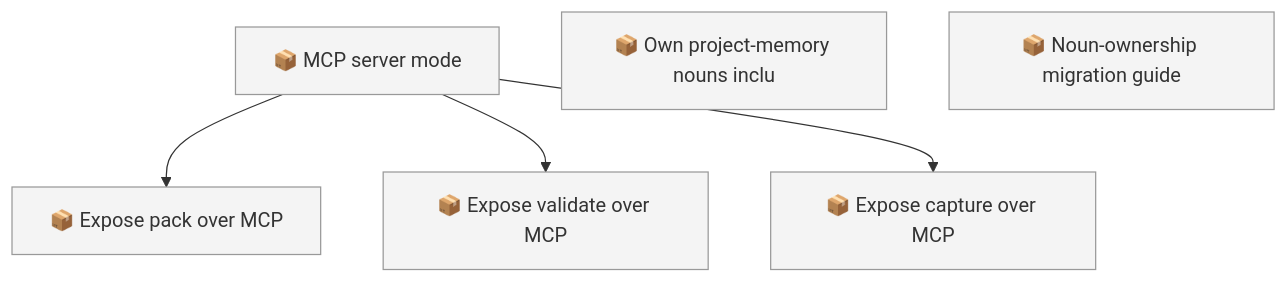
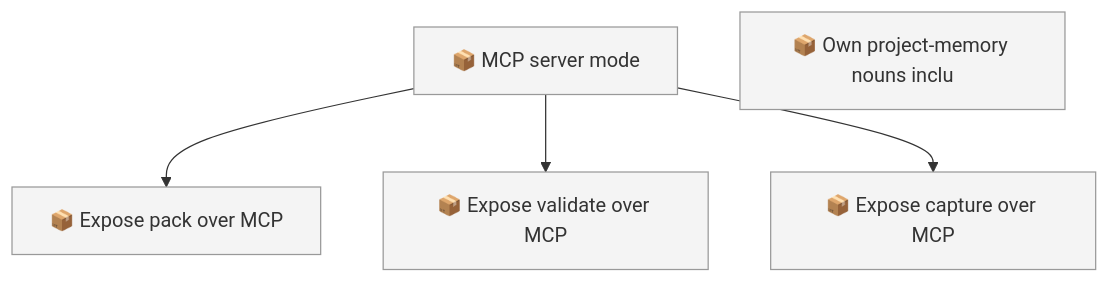
Before and after one commit to SpillwaveSolutions/project-knowledge-capture: the first of 2 diagrams in docs/roadmap.md, drawn with Mermaid. The commit also changed other lines of this file and 18 other files, not shown here.

Commit message:
chore: release v0.8.1 (noun-ownership migration guide) 01M0T3YW3CWWM9QPMKXEQQ2PR3

````diff
--- a/docs/roadmap.md
+++ b/docs/roadmap.md
@@ -65,14 +58,13 @@
 ```mermaid
 graph TD
     01KZ75NQCMYGFYRCVJATEBVBRB["📦 MCP server mode"]
     01KZ75R3EXEG4GVGRP2S9CCKZ4["📦 Expose pack over MCP"]
     01KZ75R3M6BYQ643NKDCCSEEZC["📦 Expose validate over MCP"]
     01KZ75R3S2X1G4PCTGMMSR8BWA["📦 Expose capture over MCP"]
     01M0SZFFPWEVN9YX9D9RYZ1ZC1["📦 Own project-memory nouns inclu"]
-    01M0T3YW3CWWM9QPMKXEQQ2PR3["📦 Noun-ownership migration guide"]
     01KZ75NQCMYGFYRCVJATEBVBRB --> 01KZ75R3EXEG4GVGRP2S9CCKZ4
     01KZ75NQCMYGFYRCVJATEBVBRB --> 01KZ75R3M6BYQ643NKDCCSEEZC
     01KZ75NQCMYGFYRCVJATEBVBRB --> 01KZ75R3S2X1G4PCTGMMSR8BWA
     classDef todo fill:#f4f4f4,stroke:#999999
-    class 01KZ75NQCMYGFYRCVJATEBVBRB,01KZ75R3EXEG4GVGRP2S9CCKZ4,01KZ75R3M6BYQ643NKDCCSEEZC,01KZ75R3S2X1G4PCTGMMSR8BWA,01M0SZFFPWEVN9YX9D9RYZ1ZC1,01M0T3YW3CWWM9QPMKXEQQ2PR3 todo
+    class 01KZ75NQCMYGFYRCVJATEBVBRB,01KZ75R3EXEG4GVGRP2S9CCKZ4,01KZ75R3M6BYQ643NKDCCSEEZC,01KZ75R3S2X1G4PCTGMMSR8BWA,01M0SZFFPWEVN9YX9D9RYZ1ZC1 todo
 ```
````
